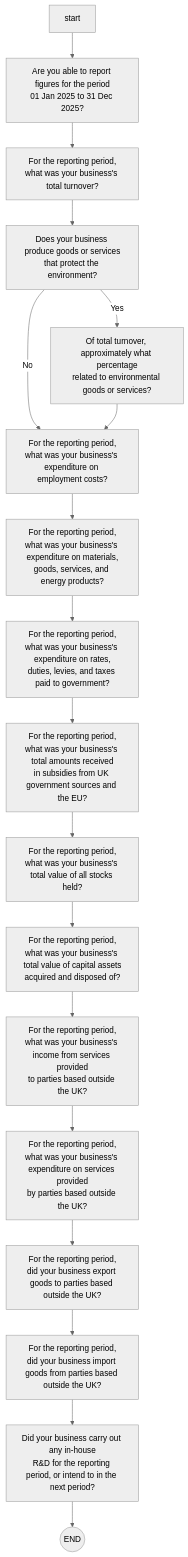
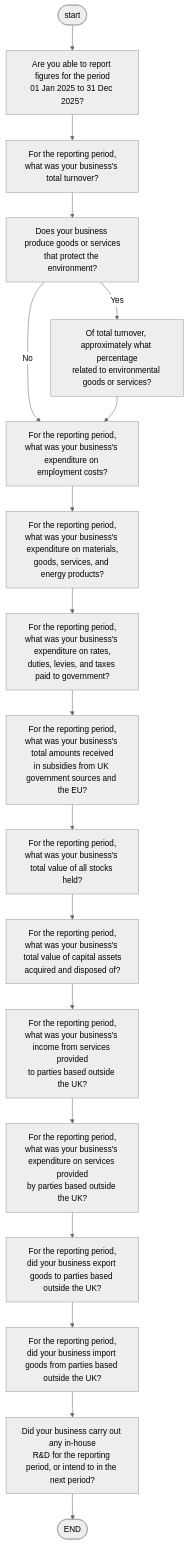
The diagram in state_machine/business_accounts_v1.mmd (MagicSpik3/DSL), drawn with Mermaid (neutral theme) before and after one commit. The commit also changed 2 other files, not shown here.

```diff
--- a/state_machine/business_accounts_v1.mmd
+++ b/state_machine/business_accounts_v1.mmd
@@ -1,38 +1,38 @@
 flowchart TD
   %% Shorter node ids, long labels preserved for readability
-  S[start]
+  S([start])
   Q1["Are you able to report figures for the period<br>01 Jan 2025 to 31 Dec 2025?"]
   Q2["For the reporting period,<br>what was your business's total turnover?"]
   Q3["Does your business produce goods or services<br>that protect the environment?"]
   Q3a["Of total turnover, approximately what percentage<br>related to environmental goods or services?"]
   Q4["For the reporting period,<br>what was your business's expenditure on employment costs?"]
   Q5["For the reporting period,<br>what was your business's expenditure on materials,<br>goods, services, and energy products?"]
   Q6["For the reporting period,<br>what was your business's expenditure on rates,<br>duties, levies, and taxes paid to government?"]
   Q7["For the reporting period,<br>what was your business's total amounts received<br>in subsidies from UK government sources and the EU?"]
   Q8["For the reporting period,<br>what was your business's total value of all stocks held?"]
   Q9["For the reporting period,<br>what was your business's total value of capital assets<br>acquired and disposed of?"]
   Q10["For the reporting period,<br>what was your business's income from services provided<br>to parties based outside the UK?"]
   Q11["For the reporting period,<br>what was your business's expenditure on services provided<br>by parties based outside the UK?"]
   Q12["For the reporting period,<br>did your business export goods to parties based outside the UK?"]
   Q13["For the reporting period,<br>did your business import goods from parties based outside the UK?"]
   Q14["Did your business carry out any in-house<br>R&D for the reporting period, or intend to in the next period?"]
-  END((END))
+  END([END])
 
   %% Flow
   S --> Q1
   Q1 --> Q2
   Q2 --> Q3
   Q3 -->|Yes| Q3a
   Q3 -->|No| Q4
   Q3a --> Q4
   Q4 --> Q5
   Q5 --> Q6
   Q6 --> Q7
   Q7 --> Q8
   Q8 --> Q9
   Q9 --> Q10
   Q10 --> Q11
   Q11 --> Q12
   Q12 --> Q13
   Q13 --> Q14
   Q14 --> END
```
